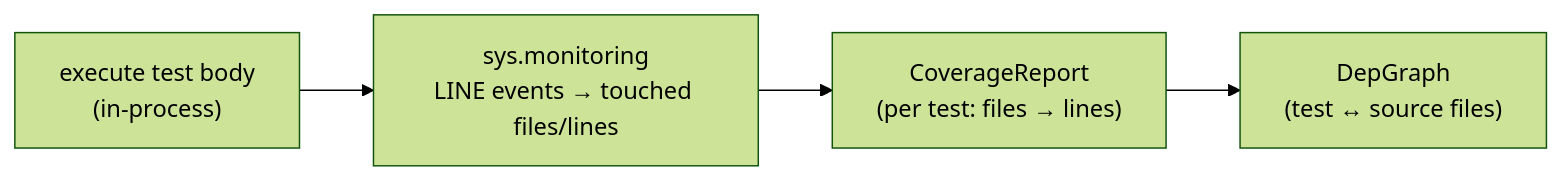
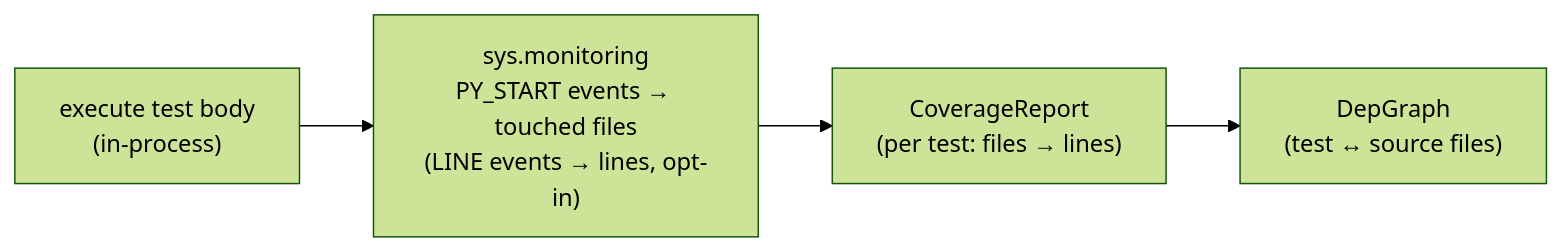
One commit to snoodleboot-io/tiderace changed the diagram in docs/design/coverage.md. Above: the diagram before and after it, drawn with Mermaid (forest theme). The commit also changed other lines of this file and 3 other files, not shown here.

````diff
--- a/docs/design/coverage.md
+++ b/docs/design/coverage.md
@@ -23,6 +27,6 @@
 ```mermaid
 flowchart LR
-    EXE["execute test body<br/>(in-process)"] --> MON["sys.monitoring<br/>LINE events → touched files/lines"]
+    EXE["execute test body<br/>(in-process)"] --> MON["sys.monitoring<br/>PY_START events → touched files<br/>(LINE events → lines, opt-in)"]
     MON --> CR["CoverageReport<br/>(per test: files → lines)"]
     CR --> DG["DepGraph<br/>(test ↔ source files)"]
 ```
````
